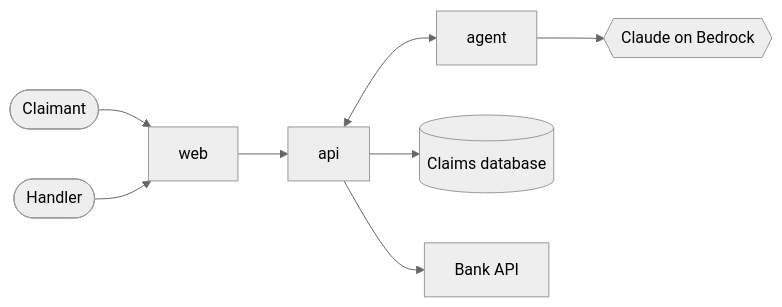
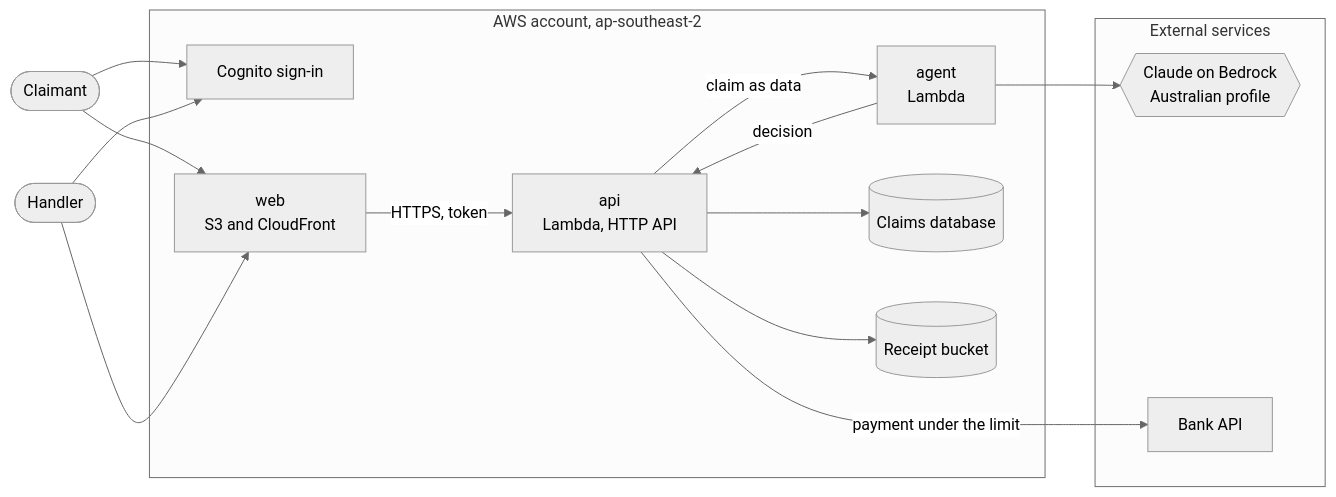
The diagram in README.md (euginevd/sdlc-template), drawn with Mermaid (neutral theme) before and after one commit.

Commit message:
README: a little more detail in the architecture diagram

````diff
--- a/README.md
+++ b/README.md
@@ -31,10 +31,29 @@
 ```mermaid
 flowchart LR
-  claimant([Claimant]) --> web
-  handler([Handler]) --> web
-  web --> api
-  api <--> agent
-  agent --> claude{{Claude on Bedrock}}
-  api --> db[(Claims database)]
-  api --> bank[Bank API]
+  claimant([Claimant])
+  handler([Handler])
+
+  subgraph aws ["AWS account, ap-southeast-2"]
+    cognito[Cognito sign-in]
+    web["web<br/>S3 and CloudFront"]
+    api["api<br/>Lambda, HTTP API"]
+    agent["agent<br/>Lambda"]
+    db[(Claims database)]
+    bucket[(Receipt bucket)]
+  end
+
+  subgraph external ["External services"]
+    claude{{"Claude on Bedrock<br/>Australian profile"}}
+    bank[Bank API]
+  end
+
+  claimant & handler --> cognito
+  claimant & handler --> web
+  web -- "HTTPS, token" --> api
+  api -- "claim as data" --> agent
+  agent -- "decision" --> api
+  agent --> claude
+  api --> db
+  api --> bucket
+  api -- "payment under the limit" --> bank
 ```
````
